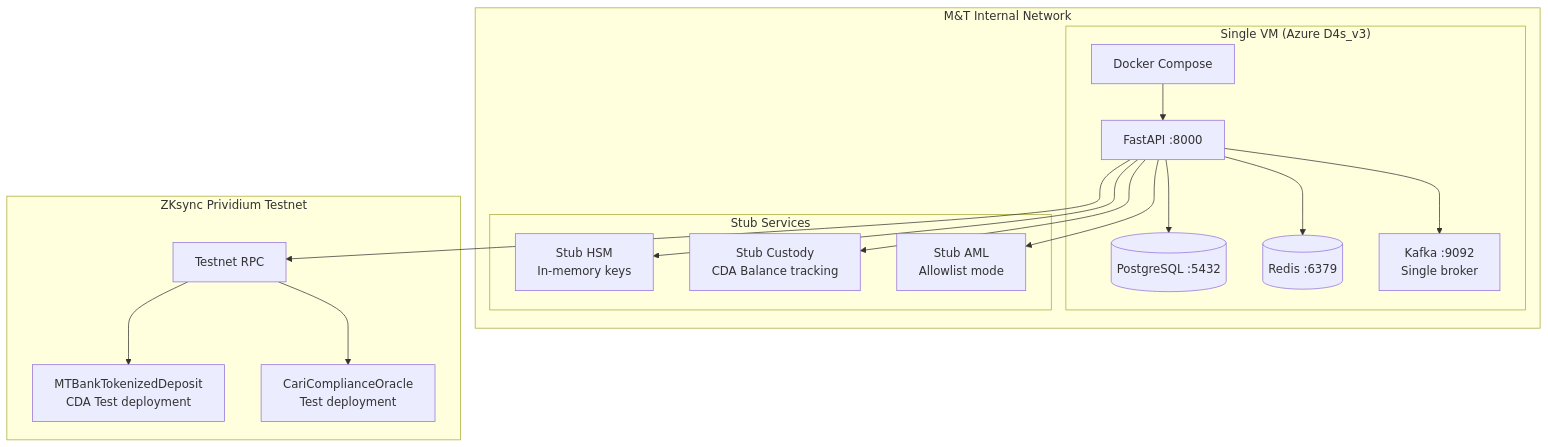
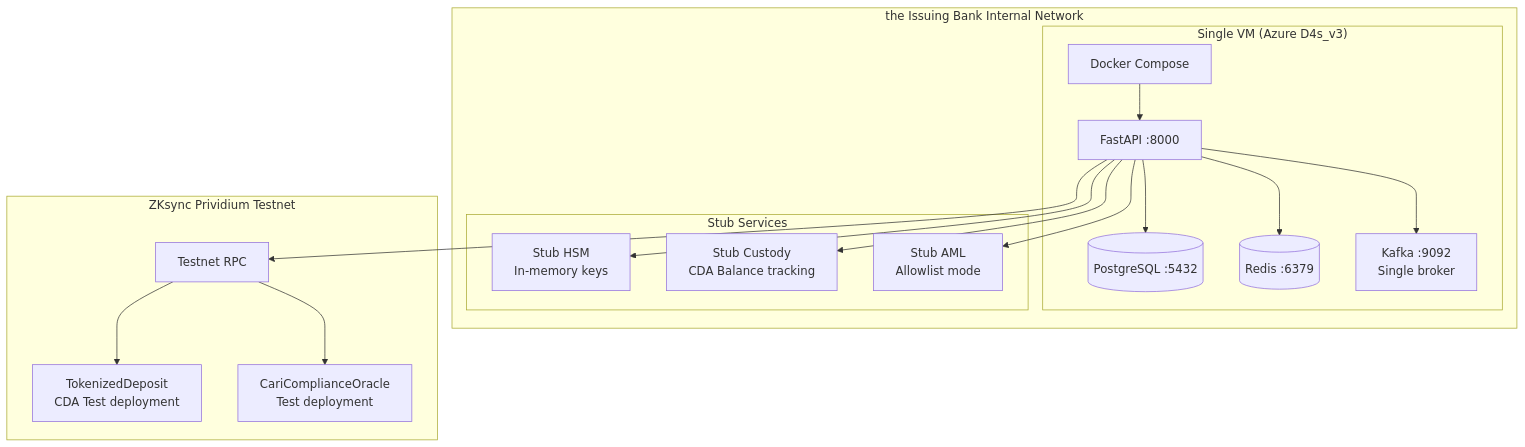
Before and after one commit to jnodes/tokenized-deposits: the second of 4 diagrams in arb_package/architecture_transitional.md, drawn with Mermaid. The commit also changed other lines of this file and 160 other files, not shown here.

````diff
--- a/arb_package/architecture_transitional.md
+++ b/arb_package/architecture_transitional.md
@@ -49,35 +49,35 @@
 ```mermaid
 graph TB
-    subgraph "M&T Internal Network"
+    subgraph "the Issuing Bank Internal Network"
         subgraph "Single VM (Azure D4s_v3)"
             DOCKER[Docker Compose]
             API[FastAPI :8000]
             PG[(PostgreSQL :5432)]
             REDIS[(Redis :6379)]
             KAFKA[Kafka :9092<br/>Single broker]
         end
 
         subgraph "Stub Services"
             STUB_HSM[Stub HSM<br/>In-memory keys]
             STUB_CUSTODY[Stub Custody<br/>CDA Balance tracking]
             STUB_CHAINALYSIS[Stub AML<br/>Allowlist mode]
         end
     end
 
     subgraph "ZKsync Prividium Testnet"
         TEST_RPC[Testnet RPC]
-        TEST_TOKEN[MTBankTokenizedDeposit<br/>CDA Test deployment]
+        TEST_TOKEN[TokenizedDeposit<br/>CDA Test deployment]
         TEST_ORACLE[CariComplianceOracle<br/>Test deployment]
     end
 
     DOCKER --> API
     API --> PG
     API --> REDIS
     API --> KAFKA
     API --> STUB_HSM
     API --> STUB_CUSTODY
     API --> STUB_CHAINALYSIS
     API --> TEST_RPC
     TEST_RPC --> TEST_TOKEN
     TEST_RPC --> TEST_ORACLE
 ```
````
